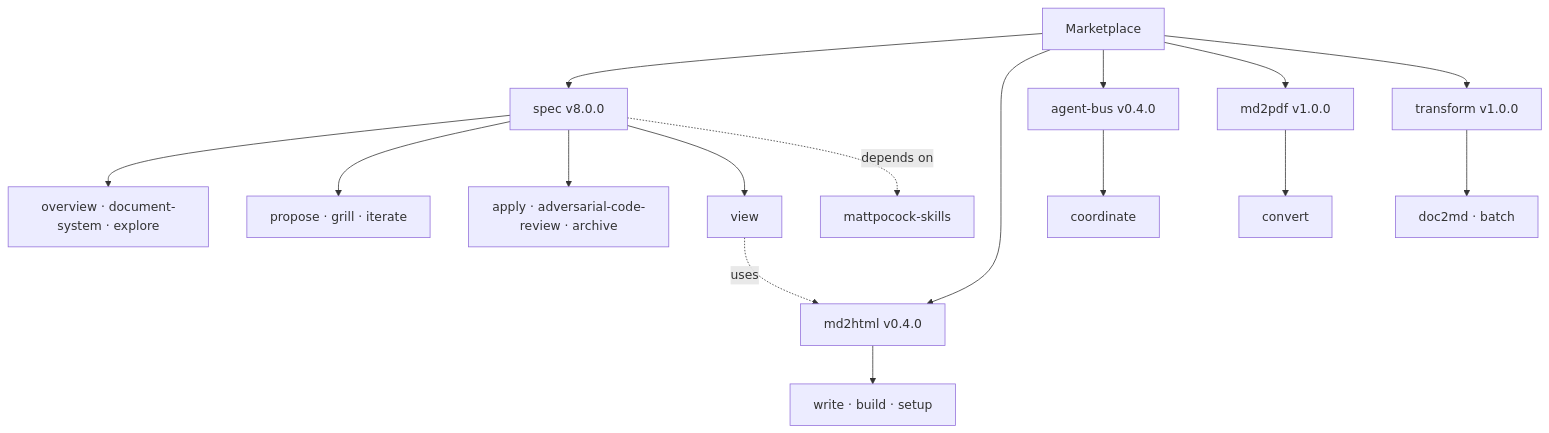
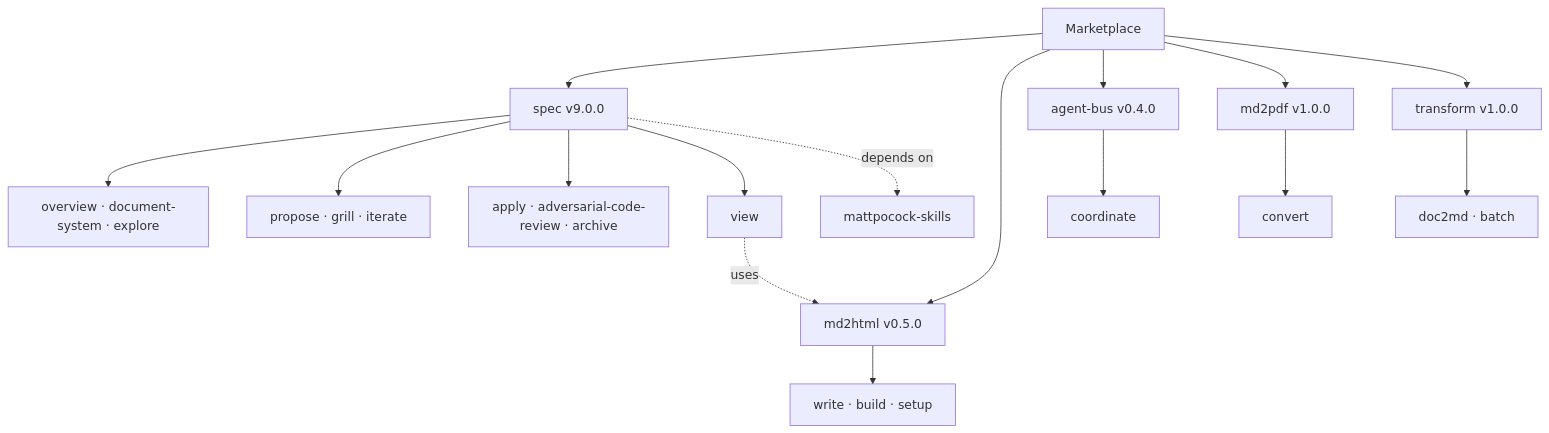
One commit to tillg/till-claude-code-marketplace changed the third of 3 diagrams in specs/system/domain.md. Above: the diagram before and after it, drawn with Mermaid. The commit also changed other lines of this file and 43 other files, not shown here.

First line of the commit message:
spec 9.0.0 + md2html 0.5.0: drop the paused status

````diff
--- a/specs/system/domain.md
+++ b/specs/system/domain.md
@@ -168,20 +166,20 @@
 ```mermaid
 graph TD
-    M[Marketplace] --> S[spec v8.0.0]
-    M --> H[md2html v0.4.0]
+    M[Marketplace] --> S[spec v9.0.0]
+    M --> H[md2html v0.5.0]
     M --> B[agent-bus v0.4.0]
     M --> P[md2pdf v1.0.0]
     M --> T[transform v1.0.0]
 
     S --> S1[overview · document-system · explore]
     S --> S2[propose · grill · iterate]
     S --> S3[apply · adversarial-code-review · archive]
     S --> S4[view]
     S -. depends on .-> MP[mattpocock-skills]
     S4 -. uses .-> H
 
     H --> H1[write · build · setup]
     B --> B1[coordinate]
     P --> P1[convert]
     T --> T1[doc2md · batch]
 ```
````
